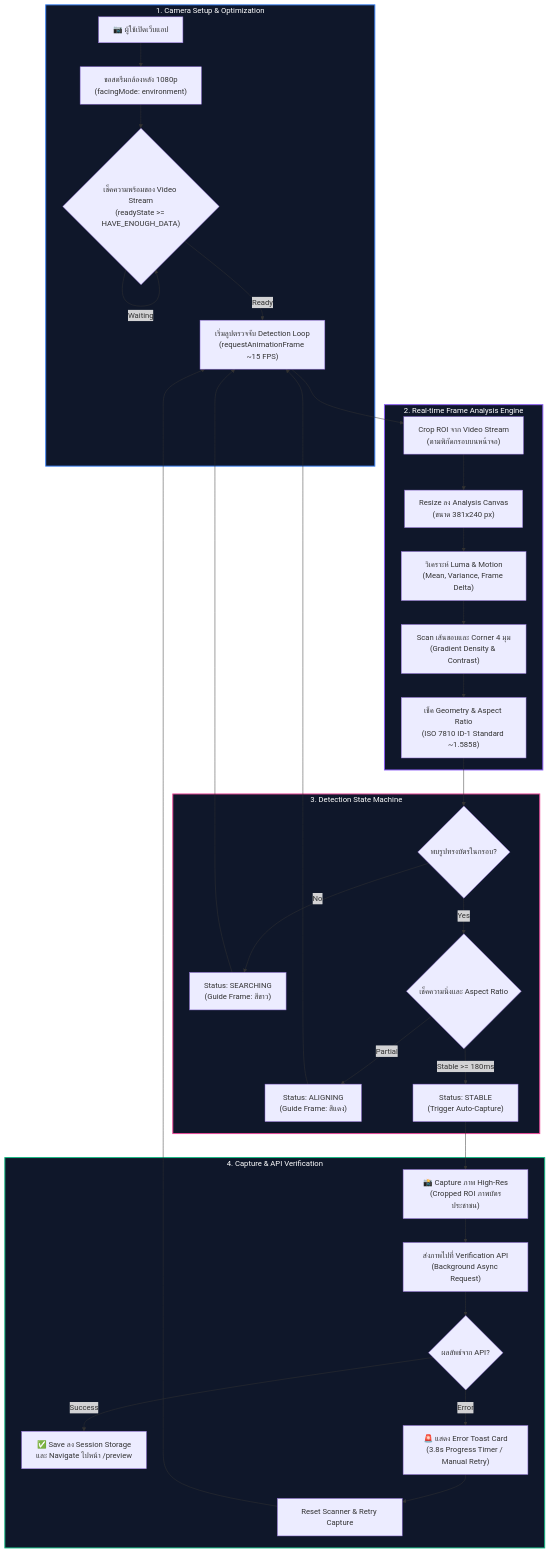
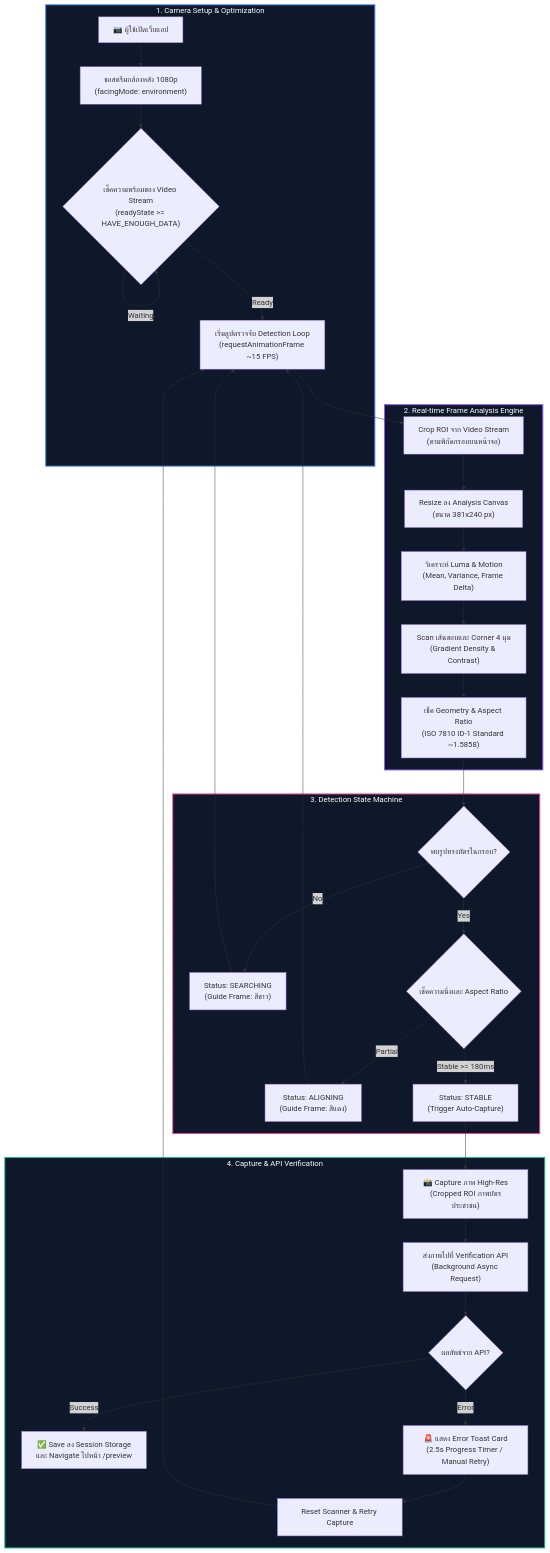
Before and after one commit to SupawishPK/id-card-scanner: the third of 4 diagrams in DEMO_SCRIPT.md, drawn with Mermaid. The commit also changed other lines of this file and 3 other files, not shown here.

Commit message:
fix(scanner): remove error vibration alert and adjust error toast duration to 2.5s

````diff
--- a/DEMO_SCRIPT.md
+++ b/DEMO_SCRIPT.md
@@ -102,42 +102,42 @@
 ```mermaid
 flowchart TD
     subgraph S1["1. Camera Setup & Optimization"]
         A["📷 ผู้ใช้เปิดเว็บแอป"] --> B["ขอสตรีมกล้องหลัง 1080p<br/>(facingMode: environment)"]
         B --> C{"เช็คความพร้อมของ Video Stream<br/>(readyState >= HAVE_ENOUGH_DATA)"}
         C -- Waiting --> C
         C -- Ready --> D["เริ่มลูปตรวจจับ Detection Loop<br/>(requestAnimationFrame ~15 FPS)"]
     end
 
     subgraph S2["2. Real-time Frame Analysis Engine"]
         D --> E["Crop ROI จาก Video Stream<br/>(ตามพิกัดกรอบบนหน้าจอ)"]
         E --> F["Resize ลง Analysis Canvas<br/>(ขนาด 381x240 px)"]
         F --> G["วิเคราะห์ Luma & Motion<br/>(Mean, Variance, Frame Delta)"]
         G --> H["Scan เส้นขอบและ Corner 4 มุม<br/>(Gradient Density & Contrast)"]
         H --> I["เช็ค Geometry & Aspect Ratio<br/>(ISO 7810 ID-1 Standard ~1.5858)"]
     end
 
     subgraph S3["3. Detection State Machine"]
         I --> J{"พบรูปทรงบัตรในกรอบ?"}
         J -- No --> K["Status: SEARCHING<br/>(Guide Frame: สีขาว)"]
         K --> D
         J -- Yes --> L{"เช็คความนิ่งและ Aspect Ratio"}
         L -- Partial --> M["Status: ALIGNING<br/>(Guide Frame: สีแดง)"]
         M --> D
         L -- Stable >= 180ms --> N["Status: STABLE<br/>(Trigger Auto-Capture)"]
     end
 
     subgraph S4["4. Capture & API Verification"]
         N --> O["📸 Capture ภาพ High-Res<br/>(Cropped ROI ภาพบัตรประชาชน)"]
         O --> P["ส่งภาพไปที่ Verification API<br/>(Background Async Request)"]
         P --> Q{"ผลลัพธ์จาก API?"}
         Q -- Success --> R["✅ Save ลง Session Storage<br/>และ Navigate ไปหน้า /preview"]
-        Q -- Error --> S["🚨 แสดง Error Toast Card<br/>(3.8s Progress Timer / Manual Retry)"]
+        Q -- Error --> S["🚨 แสดง Error Toast Card<br/>(2.5s Progress Timer / Manual Retry)"]
         S --> T["Reset Scanner & Retry Capture"]
         T --> D
     end
 
     style S1 fill:#0f172a,stroke:#3b82f6,stroke-width:2px,color:#fff
     style S2 fill:#0f172a,stroke:#8b5cf6,stroke-width:2px,color:#fff
     style S3 fill:#0f172a,stroke:#ec4899,stroke-width:2px,color:#fff
     style S4 fill:#0f172a,stroke:#10b981,stroke-width:2px,color:#fff
 ```
````
